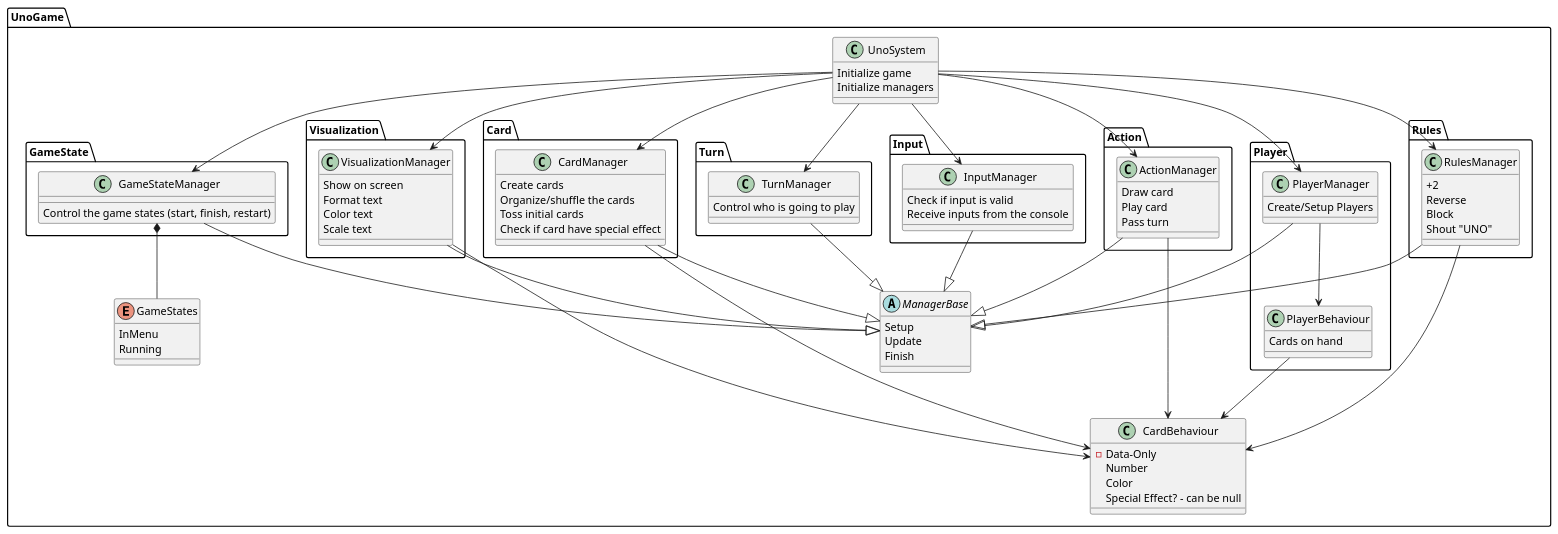
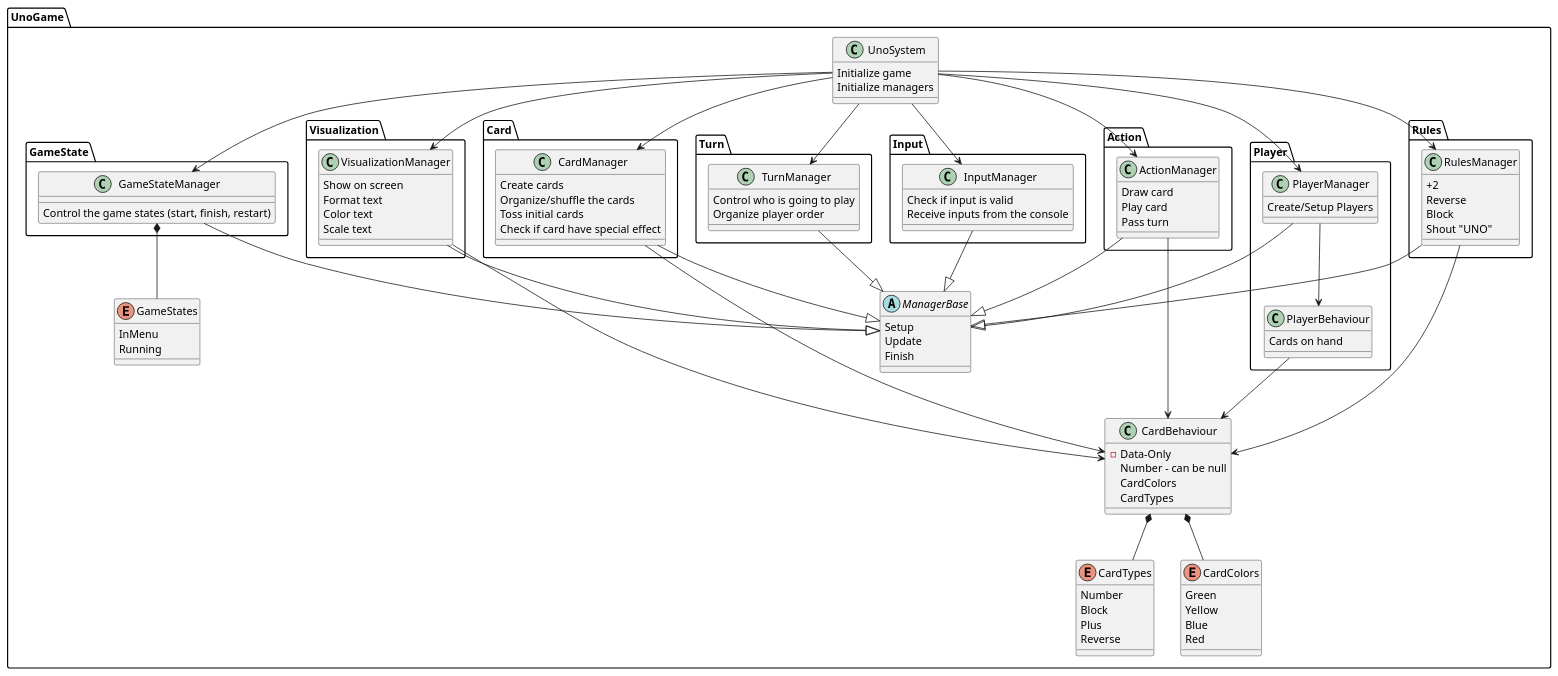
Before and after one commit to caiovini980/UnoGame: the diagram in UnoGame/Docs/Idea Diagram.puml, drawn with PlantUML.

Commit message:
fix: updated project diagram

```diff
--- a/UnoGame/Docs/Idea Diagram.puml
+++ b/UnoGame/Docs/Idea Diagram.puml
@@ -1,166 +1,187 @@
 @startuml
 'https://plantuml.com/sequence-diagram
 
 'SYSTEMS'
 package UnoGame
 {
     'ABSTRACTS'
     abstract class ManagerBase
     {
         Setup
         Update
         Finish
     }
     
     class UnoSystem
     {
         Initialize game
         Initialize managers
     }
     
     class CardBehaviour
     {
         - Data-Only
-        Number
-        Color
-        Special Effect? - can be null
+        Number - can be null
+        CardColors
+        CardTypes
     }
     
     'INTERFACES'
     
     'ENUMS'
     enum GameStates
     {
         InMenu
         Running
+    }
+    
+    enum CardTypes
+    {
+        Number
+        Block
+        Plus
+        Reverse
+    }
+    
+    enum CardColors
+    {
+        Green
+        Yellow
+        Blue
+        Red
     }
     
     'MANAGERS'
     package GameState
     {
         class GameStateManager
         {
             Control the game states (start, finish, restart)
         }
     }
     
     package Card
     {
         class CardManager
         {
             Create cards
             Organize/shuffle the cards
             Toss initial cards
             Check if card have special effect
         }
     }
     
     package Turn
     {
         class TurnManager
         {
             Control who is going to play
+            Organize player order
         }
     }
     
     package Action
     {
         class ActionManager
         {
             Draw card
             Play card
             Pass turn
         }
     }
     
     package Player
     {
         class PlayerManager
         {
             Create/Setup Players
         }
         
         class PlayerBehaviour
         {
             Cards on hand
         }
     }   
     
     package Rules
     {
         class RulesManager
         {
             +2
             Reverse
             Block
             Shout "UNO"
         }
     }  
     
     package Input
     {
         class InputManager
         {
             Check if input is valid
             Receive inputs from the console
         } 
     }
            
     package Visualization
     {
         class VisualizationManager
         {
             Show on screen
             Format text
             Color text
             Scale text
         }
     }
     
     'UTILS'
 '    package Utils
 '    {
 '        class TimerHandler
 '        {
 '            Create timer 
 '            Notify when timer finished
 '        }
 '    }
     
     'RELATIONS'
     'Parent - Child'
     GameStateManager --|> ManagerBase
     CardManager --|> ManagerBase
     TurnManager --|> ManagerBase
     ActionManager --|> ManagerBase
     InputManager --|> ManagerBase
     PlayerManager --|> ManagerBase
     RulesManager --|> ManagerBase
     VisualizationManager --|> ManagerBase
     
     'System - Managers'
     UnoSystem --> GameStateManager
     UnoSystem --> CardManager
     UnoSystem --> TurnManager
     UnoSystem --> ActionManager
     UnoSystem --> InputManager
     UnoSystem --> PlayerManager
     UnoSystem --> RulesManager
     UnoSystem --> VisualizationManager
     
     'A "has instance of" B. B cant live without A'
     GameStateManager *-- GameStates
+    CardBehaviour *-- CardColors
+    CardBehaviour *-- CardTypes
     
     'Interfaces'
     
     'A "has instance of" B. B can live without A'
     CardManager --> CardBehaviour
     PlayerManager --> PlayerBehaviour
     PlayerBehaviour --> CardBehaviour
     ActionManager --> CardBehaviour
     RulesManager --> CardBehaviour
     VisualizationManager --> CardBehaviour
+    
+    
 }
 
 
 @enduml
```
